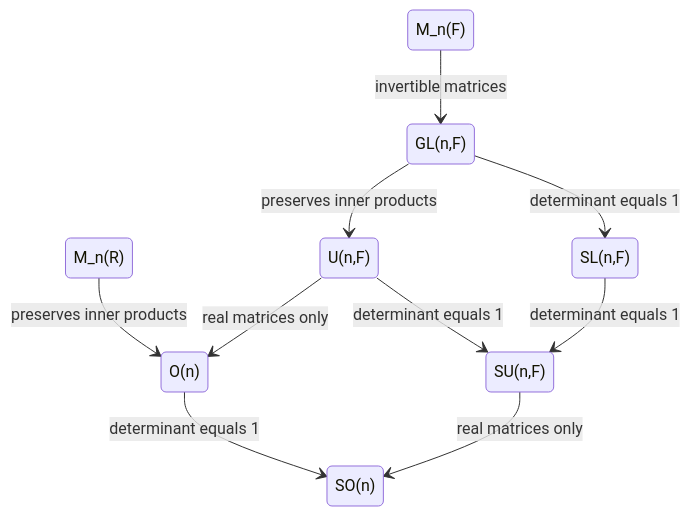
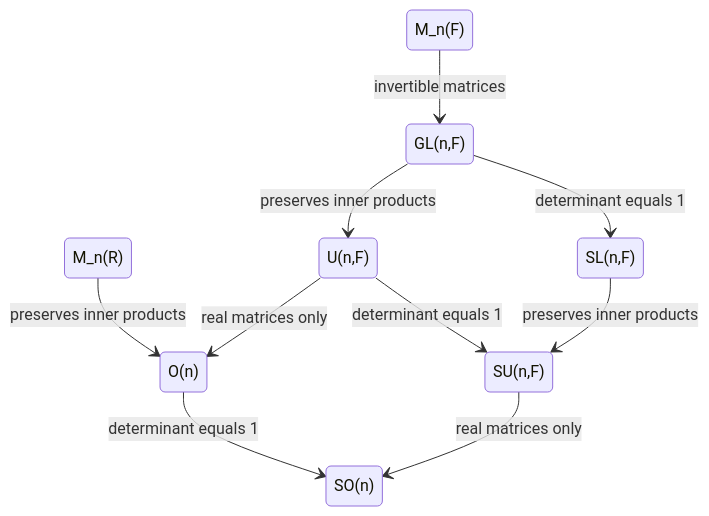
Before and after one commit to migueltorrescosta/collapsedwave: the diagram in content/🫂 Group Theory/📗 Group relations.md, drawn with Mermaid.

Commit message:
Correct content

````diff
--- a/content/🫂 Group Theory/📗 Group relations.md
+++ b/content/🫂 Group Theory/📗 Group relations.md
@@ -9,20 +9,20 @@
 ```mermaid
 stateDiagram
 	M_n(F)
 	GL(n,F)
 	SL(n,F)
 	U(n,F)
 	SU(n,F)
 	M_n(R)
 	O(n)
 	SO(n)
 	M_n(F) --> GL(n,F) : invertible matrices
 	GL(n,F) --> SL(n,F) : determinant equals 1
 	U(n,F) --> SU(n,F) : determinant equals 1
 	M_n(R) --> O(n) : preserves inner products
 	O(n) --> SO(n) : determinant equals 1
 	GL(n,F) --> U(n,F) : preserves inner products
-	SL(n,F) --> SU(n,F) : determinant equals 1
+	SL(n,F) --> SU(n,F) : preserves inner products
 	U(n,F) --> O(n) : real matrices only
 	SU(n,F) --> SO(n) : real matrices only
 ```
````
